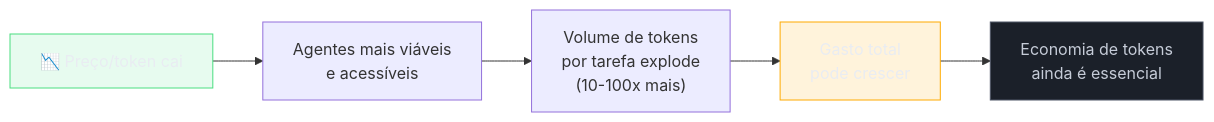
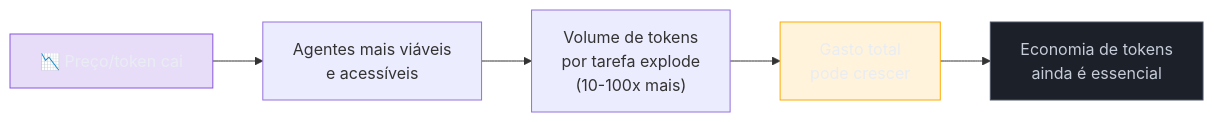
One commit to josenaldo/codex-technomanticus changed the second of 2 diagrams in 03-Dominios/Tecnologia/IA/Economia de Tokens/20 - O futuro — tokens cada vez mais baratos.md. Above: the diagram before and after it, drawn with Mermaid. The commit also changed 601 other files, not shown here.

````diff
--- a/03-Dominios/Tecnologia/IA/Economia de Tokens/20 - O futuro — tokens cada vez mais baratos.md
+++ b/03-Dominios/Tecnologia/IA/Economia de Tokens/20 - O futuro — tokens cada vez mais baratos.md
@@ -140,14 +140,14 @@
 ```mermaid
 flowchart LR
-    classDef ok fill:#4ADE8021,stroke:#4ADE80,color:#E9ECF2
+    classDef marca fill:#8855DF33,stroke:#8855DF,color:#E9ECF2
     classDef destaque fill:#FFAA0024,stroke:#FFAA00,color:#E9ECF2
     classDef neutro fill:#1B2029,stroke:#4E5666,color:#C6CCD8
     A["📉 Preço/token cai"] --> B["Agentes mais viáveis\ne acessíveis"]
     B --> C["Volume de tokens\npor tarefa explode\n(10-100x mais)"]
     C --> D["Gasto total\npode crescer"]
     D --> E["Economia de tokens\nainda é essencial"]
     
-    class A ok
+    class A marca
     class D destaque
     class E neutro
 ```
````
